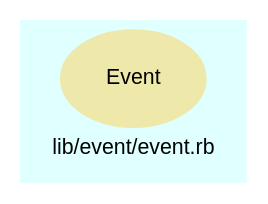
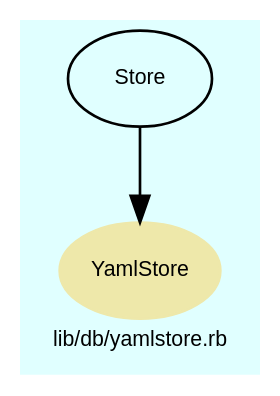
Before and after one commit to Tyche/teensymud: the diagram in doc/dot/f_46.dot, drawn with Graphviz. The commit also changed 198 other files, not shown here.

```diff
--- a/doc/dot/f_46.dot
+++ b/doc/dot/f_46.dot
@@ -1,22 +1,31 @@
 digraph TopLevel {
     compound = true
     bgcolor = lightcyan1
     fontname = Arial
     fontsize = 8
-    label = "lib/event/event.rb"
+    label = "lib/db/yamlstore.rb"
     node [
         fontname = Arial,
         fontsize = 8,
         color = black
     ]
 
-    Event [
+    YamlStore [
         fontcolor = black,
-        URL = "classes/Event.html",
+        URL = "classes/YamlStore.html",
         shape = ellipse,
         color = palegoldenrod,
         style = filled,
-        label = "Event"
+        label = "YamlStore"
+    ]
+
+    Store [
+        URL = "classes/Store.html",
+        label = "Store"
+    ]
+
+    Store -> YamlStore [
+
     ]
 
 }
```
